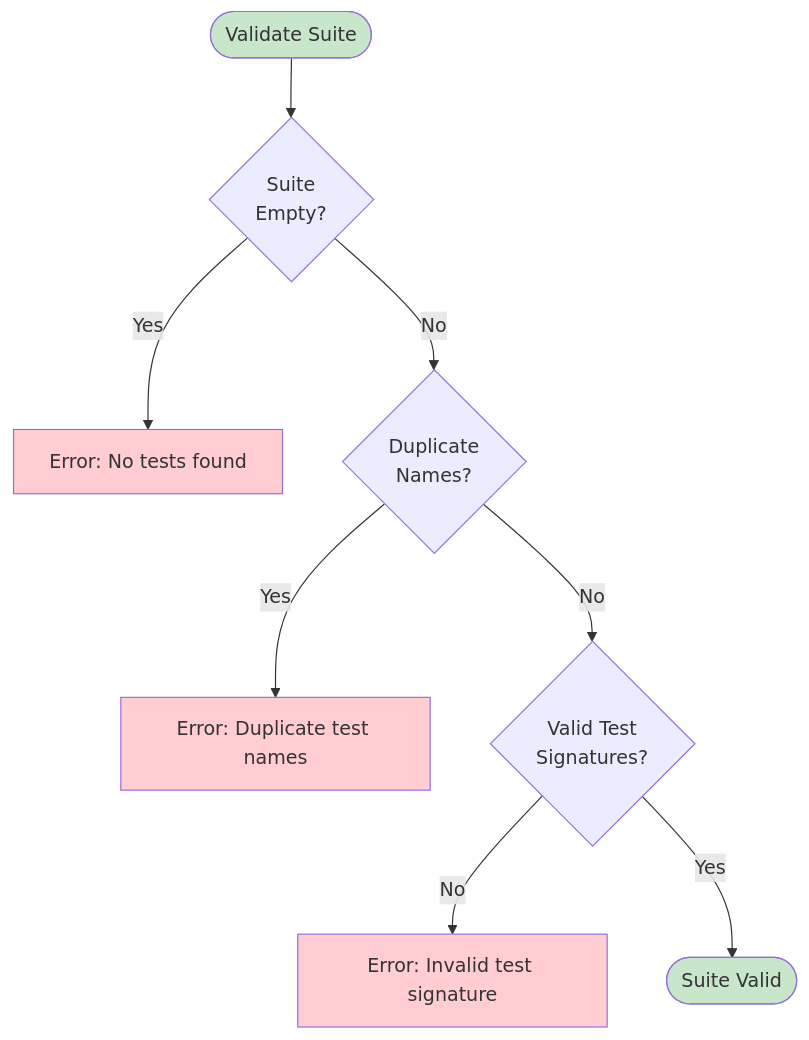
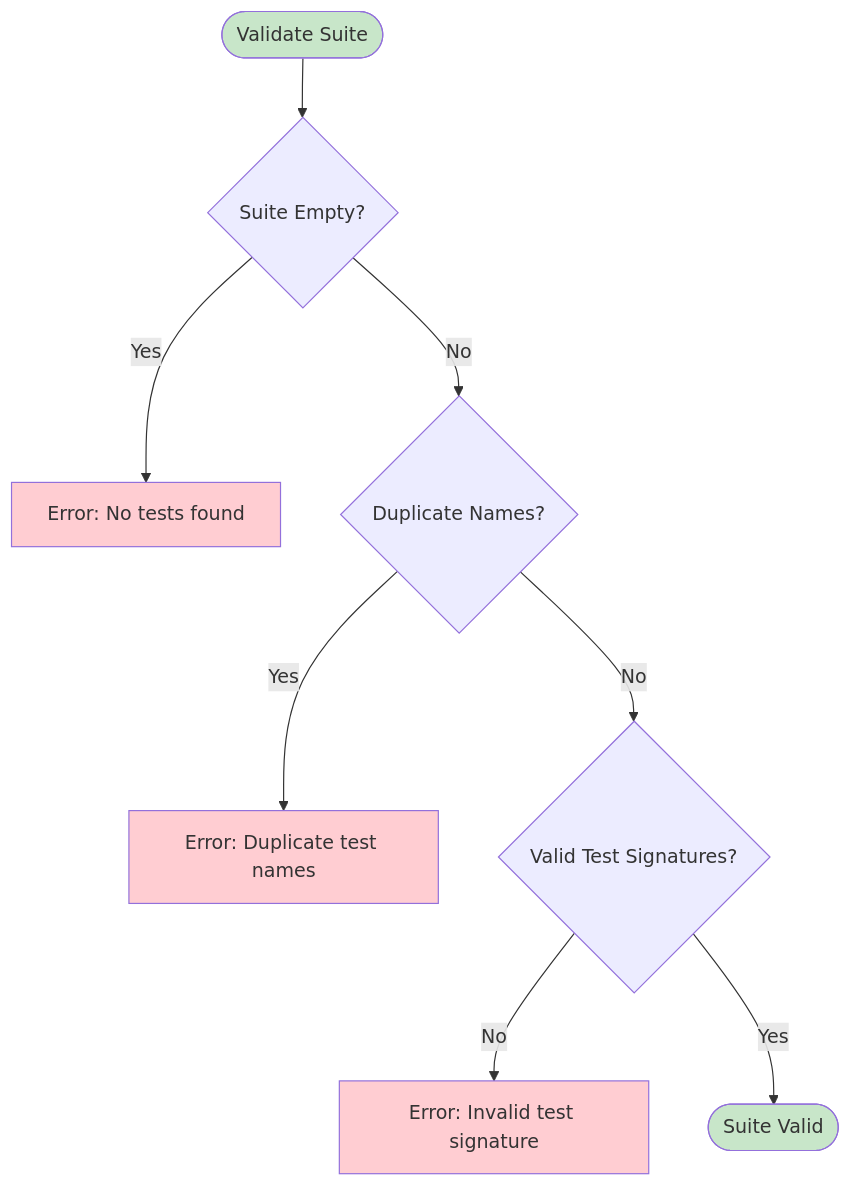
Diagram 15 of 15 in wiki/Test-Loader.md (softwarewrighter/ui-test-rs), drawn with Mermaid before and after one commit. The commit also changed other lines of this file and 10 other files, not shown here.

First line of the commit message:
Fix wiki Mermaid diagrams: remove <br/> tags

````diff
--- a/wiki/Test-Loader.md
+++ b/wiki/Test-Loader.md
@@ -591,30 +591,30 @@
 ```mermaid
 flowchart TB
     Start([Validate Suite])
-    CheckEmpty{Suite<br/>Empty?}
+    CheckEmpty{Suite Empty?}
     EmptyError[Error: No tests found]
 
-    CheckDuplicates{Duplicate<br/>Names?}
+    CheckDuplicates{Duplicate Names?}
     DuplicateError[Error: Duplicate test names]
 
-    CheckValid{Valid Test<br/>Signatures?}
+    CheckValid{Valid Test Signatures?}
     SignatureError[Error: Invalid test signature]
 
     Valid([Suite Valid])
 
     Start --> CheckEmpty
     CheckEmpty -->|Yes| EmptyError
     CheckEmpty -->|No| CheckDuplicates
 
     CheckDuplicates -->|Yes| DuplicateError
     CheckDuplicates -->|No| CheckValid
 
     CheckValid -->|No| SignatureError
     CheckValid -->|Yes| Valid
 
     style Start fill:#c8e6c9
     style Valid fill:#c8e6c9
     style EmptyError fill:#ffcdd2
     style DuplicateError fill:#ffcdd2
     style SignatureError fill:#ffcdd2
 ```
````
